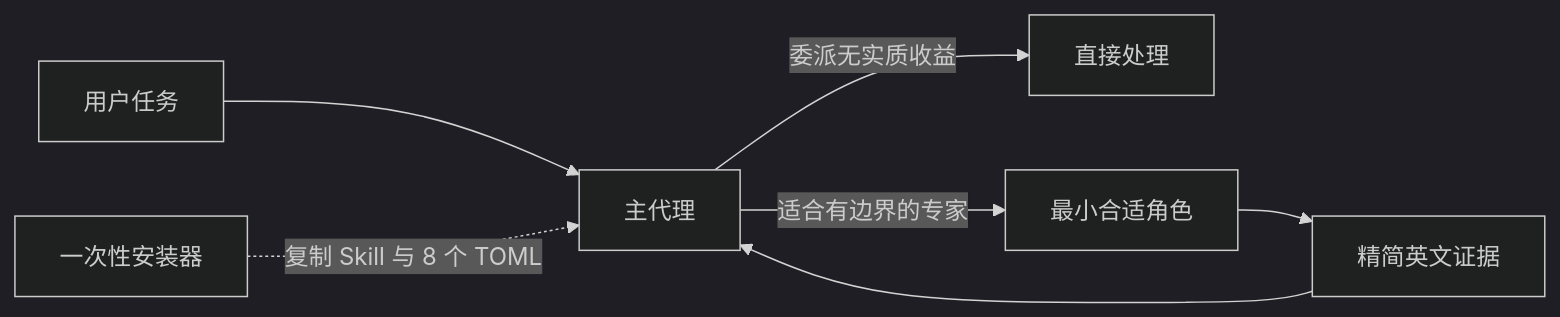
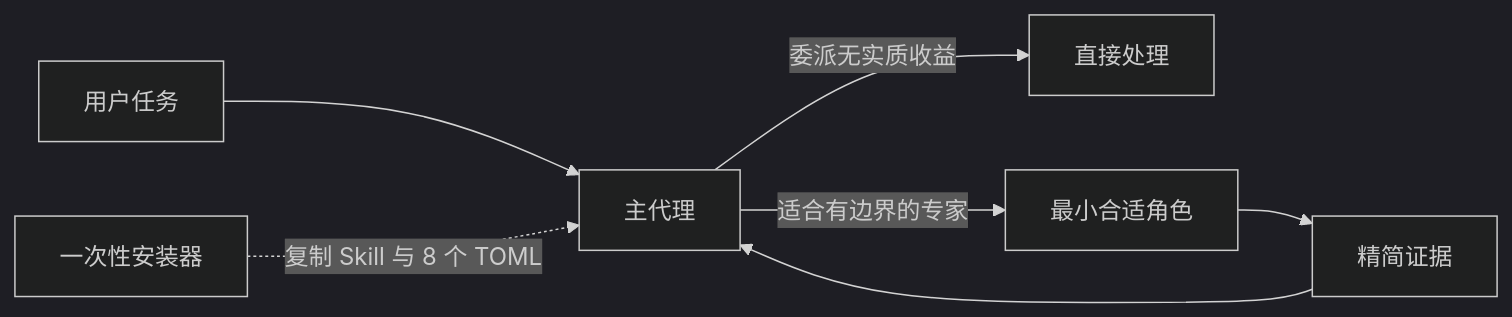
Before and after one commit to Adam0120/codex-agent-governance: the diagram in README.zh-CN.md, drawn with Mermaid (dark theme). The commit also changed other lines of this file and 26 other files, not shown here.

````diff
--- a/README.zh-CN.md
+++ b/README.zh-CN.md
@@ -14,9 +14,9 @@
 ```mermaid
 flowchart LR
   U[用户任务] --> M[主代理]
   M -->|委派无实质收益| W[直接处理]
   M -->|适合有边界的专家| R[最小合适角色]
-  R --> E[精简英文证据]
+  R --> E[精简证据]
   E --> M
   I[一次性安装器] -. 复制 Skill 与 8 个 TOML .-> M
 ```
````
